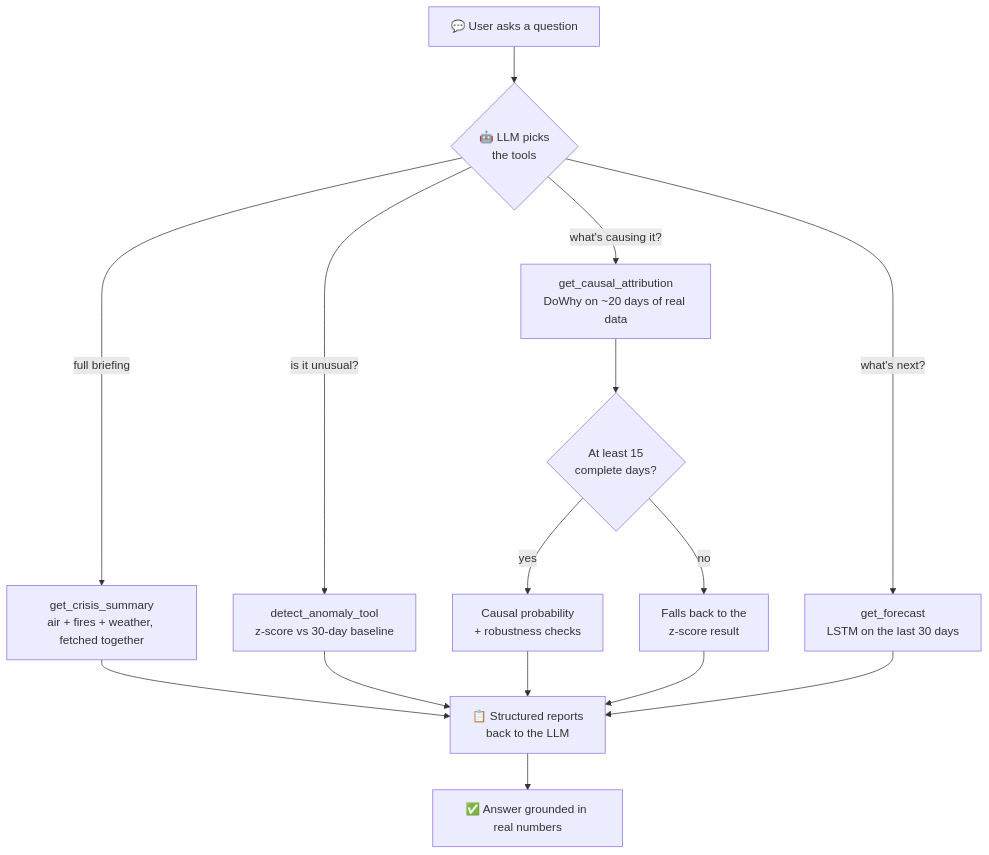
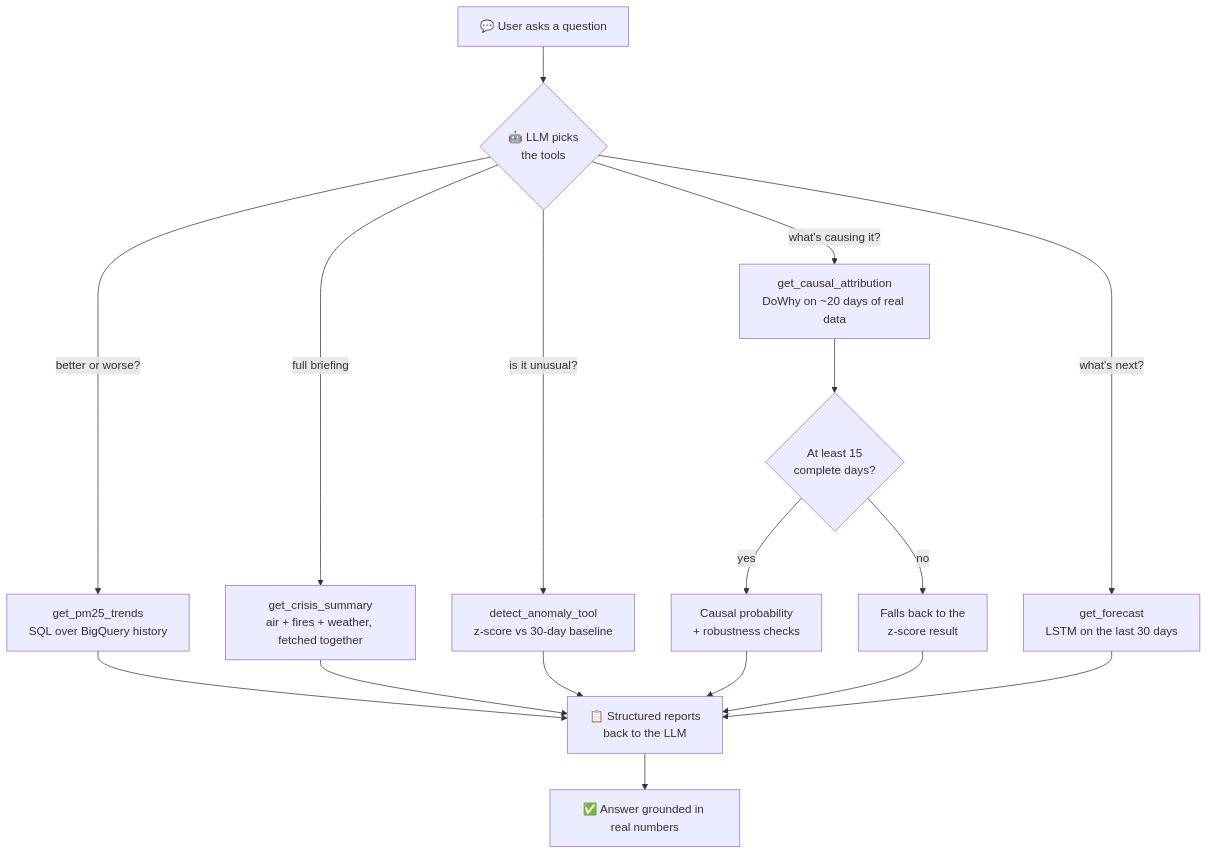
Before and after one commit to maahipatel05/ecosentinel: the fourth of 18 diagrams in README.md, drawn with Mermaid. The commit also changed other lines of this file and 11 other files, not shown here.

````diff
--- a/README.md
+++ b/README.md
@@ -201,17 +217,19 @@
 ```mermaid
 flowchart TD
     Q["💬 User asks a question"] --> D{"🤖 LLM picks<br/>the tools"}
     D -->|"full briefing"| CS["get_crisis_summary<br/>air + fires + weather, fetched together"]
     D -->|"is it unusual?"| AN["detect_anomaly_tool<br/>z-score vs 30-day baseline"]
     D -->|"what's causing it?"| CA["get_causal_attribution<br/>DoWhy on ~20 days of real data"]
     D -->|"what's next?"| FC["get_forecast<br/>LSTM on the last 30 days"]
+    D -->|"better or worse?"| TR["get_pm25_trends<br/>SQL over BigQuery history"]
+    TR --> OUT
     CA --> E{"At least 15<br/>complete days?"}
     E -->|"yes"| R1["Causal probability<br/>+ robustness checks"]
     E -->|"no"| R2["Falls back to the<br/>z-score result"]
     CS --> OUT["📋 Structured reports<br/>back to the LLM"]
     AN --> OUT
     R1 --> OUT
     R2 --> OUT
     FC --> OUT
     OUT --> A["✅ Answer grounded in real numbers"]
 ```
````
